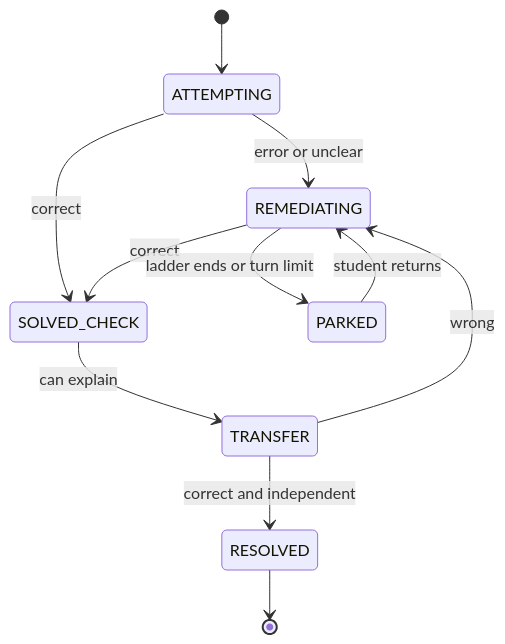
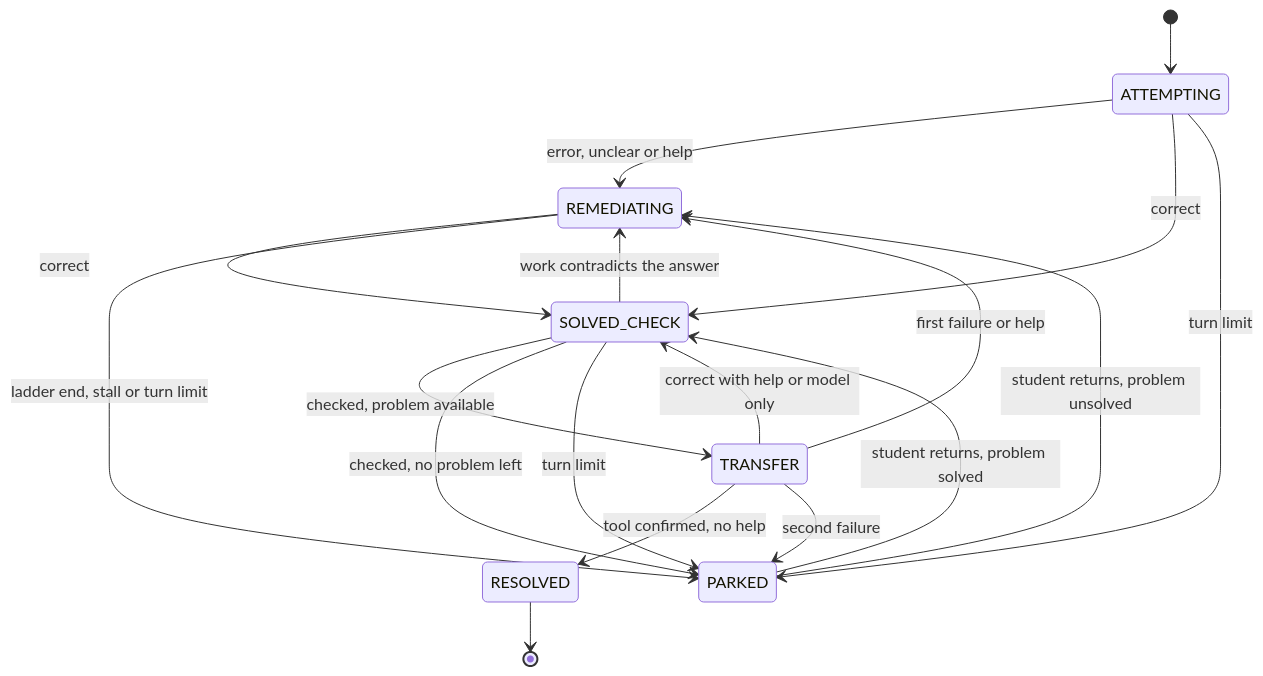
One commit to digital-professor-lab/digital-professor changed the third of 3 diagrams in specs/tutoring-engine.md. Above: the diagram before and after it, drawn with Mermaid. The commit also changed other lines of this file, not shown here.

````diff
--- a/specs/tutoring-engine.md
+++ b/specs/tutoring-engine.md
@@ -327,13 +690,20 @@
 ```mermaid
 stateDiagram-v2
     [*] --> ATTEMPTING
-    ATTEMPTING --> REMEDIATING: error or unclear
+    ATTEMPTING --> REMEDIATING: error, unclear or help
     ATTEMPTING --> SOLVED_CHECK: correct
     REMEDIATING --> SOLVED_CHECK: correct
-    SOLVED_CHECK --> TRANSFER: can explain
-    TRANSFER --> RESOLVED: correct and independent
-    TRANSFER --> REMEDIATING: wrong
-    REMEDIATING --> PARKED: ladder ends or turn limit
-    PARKED --> REMEDIATING: student returns
+    SOLVED_CHECK --> REMEDIATING: work contradicts the answer
+    SOLVED_CHECK --> TRANSFER: checked, problem available
+    SOLVED_CHECK --> PARKED: checked, no problem left
+    TRANSFER --> RESOLVED: tool confirmed, no help
+    TRANSFER --> SOLVED_CHECK: correct with help or model only
+    TRANSFER --> REMEDIATING: first failure or help
+    TRANSFER --> PARKED: second failure
+    ATTEMPTING --> PARKED: turn limit
+    REMEDIATING --> PARKED: ladder end, stall or turn limit
+    SOLVED_CHECK --> PARKED: turn limit
+    PARKED --> REMEDIATING: student returns, problem unsolved
+    PARKED --> SOLVED_CHECK: student returns, problem solved
     RESOLVED --> [*]
 ```
````
